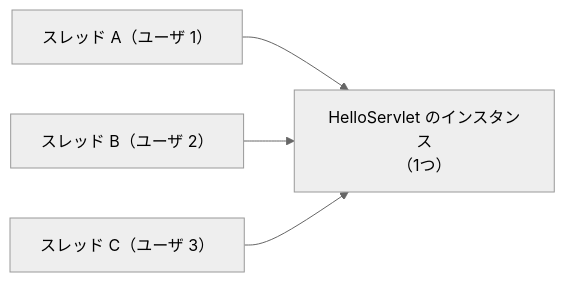
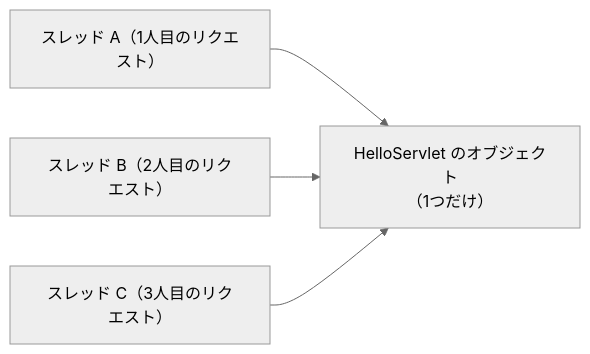
One commit to Appricot144/teaching-material changed the diagram in servlet/03-servlet-invocation/04-instance-and-threads.md. Above: the diagram before and after it, drawn with Mermaid (neutral theme). The commit also changed other lines of this file and 3 other files, not shown here.

````diff
--- a/servlet/03-servlet-invocation/04-instance-and-threads.md
+++ b/servlet/03-servlet-invocation/04-instance-and-threads.md
@@ -9,6 +17,6 @@
 ```mermaid
 flowchart LR
-    A["スレッド A（ユーザ 1）"] --> S["HelloServlet のインスタンス<br/>（1つ）"]
-    B["スレッド B（ユーザ 2）"] --> S
-    C["スレッド C（ユーザ 3）"] --> S
+    A["スレッド A（1人目のリクエスト）"] --> S["HelloServlet のオブジェクト<br/>（1つだけ）"]
+    B["スレッド B（2人目のリクエスト）"] --> S
+    C["スレッド C（3人目のリクエスト）"] --> S
 ```
````
